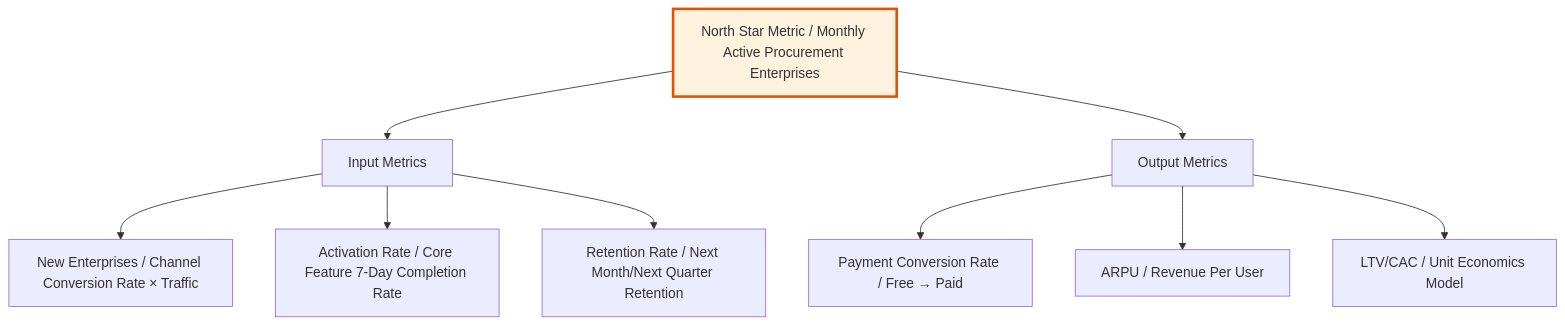
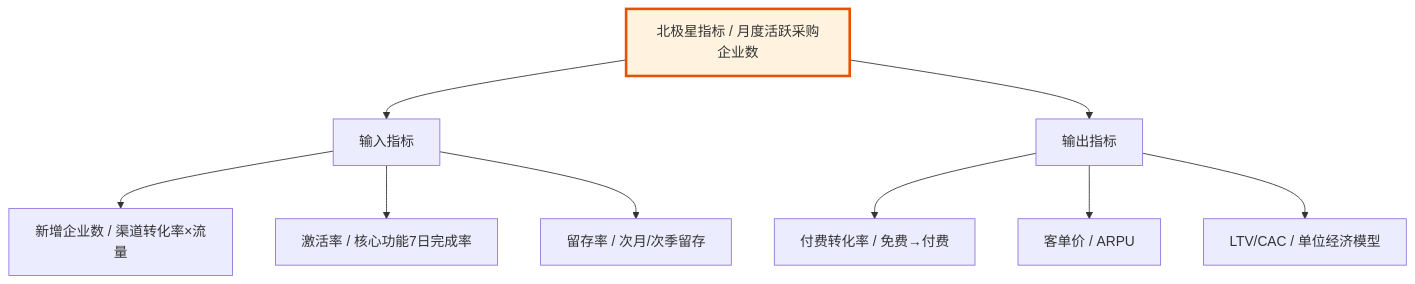
Before and after one commit to Kirky-X/cangjie: diagram 16 of 18 in templates/Product/Strategy/Template-MRD.md, drawn with Mermaid. The commit also changed other lines of this file and 33 other files, not shown here.

````diff
--- a/templates/Product/Strategy/Template-MRD.md
+++ b/templates/Product/Strategy/Template-MRD.md
@@ -713,15 +713,15 @@
 ```mermaid
 graph TD
-    A[North Star Metric / Monthly Active Procurement Enterprises] --> B[Input Metrics]
-    A --> C[Output Metrics]
+    A[北极星指标 / 月度活跃采购企业数] --> B[输入指标]
+    A --> C[输出指标]
 
-    B --> B1[New Enterprises / Channel Conversion Rate × Traffic]
-    B --> B2[Activation Rate / Core Feature 7-Day Completion Rate]
-    B --> B3[Retention Rate / Next Month/Next Quarter Retention]
+    B --> B1[新增企业数 / 渠道转化率×流量]
+    B --> B2[激活率 / 核心功能7日完成率]
+    B --> B3[留存率 / 次月/次季留存]
 
-    C --> C1[Payment Conversion Rate / Free → Paid]
-    C --> C2[ARPU / Revenue Per User]
-    C --> C3[LTV/CAC / Unit Economics Model]
+    C --> C1[付费转化率 / 免费→付费]
+    C --> C2[客单价 / ARPU]
+    C --> C3[LTV/CAC / 单位经济模型]
 
     style A fill:#fff3e0,stroke:#e65100,stroke-width:3px
 ```
````
